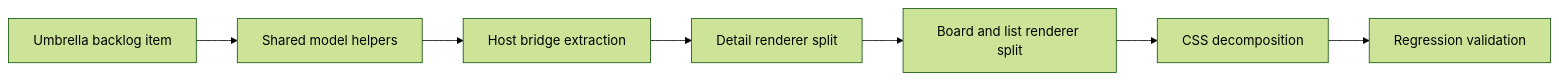
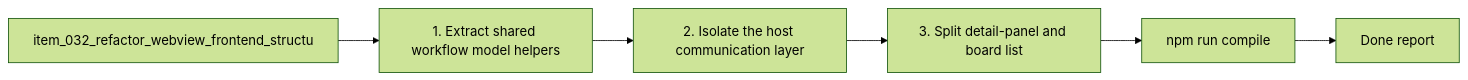
One commit to AlexAgo83/logics-manager changed the diagram in logics/tasks/task_026_refactor_webview_frontend_structure_without_introducing_a_full_framework.md. Above: the diagram before and after it, drawn with Mermaid (forest theme). The commit also changed other lines of this file and 481 other files, not shown here.

Commit message:
Normalize Logics docs and workflow indicators

````diff
--- a/logics/tasks/task_026_refactor_webview_frontend_structure_without_introducing_a_full_framework.md
+++ b/logics/tasks/task_026_refactor_webview_frontend_structure_without_introducing_a_full_framework.md
@@ -19,10 +20,10 @@
 ```mermaid
+%% logics-kind: task
 %% logics-signature: task|refactor-webview-frontend-structure-with|item-032-refactor-webview-frontend-struc|1-extract-shared-workflow-model-helpers|npm-run-compile
 flowchart LR
-    Backlog[Umbrella backlog item] --> Model[Shared model helpers]
-    Model --> Host[Host bridge extraction]
-    Host --> Details[Detail renderer split]
-    Details --> Board[Board and list renderer split]
-    Board --> CSS[CSS decomposition]
-    CSS --> Validation[Regression validation]
+    Backlog[item_032_refactor_webview_frontend_structu] --> Step1[1. Extract shared workflow model helpers]
+    Step1 --> Step2[2. Isolate the host communication layer]
+    Step2 --> Step3[3. Split detail-panel and board list]
+    Step3 --> Validation[npm run compile]
+    Validation --> Report[Done report]
 ```
````
